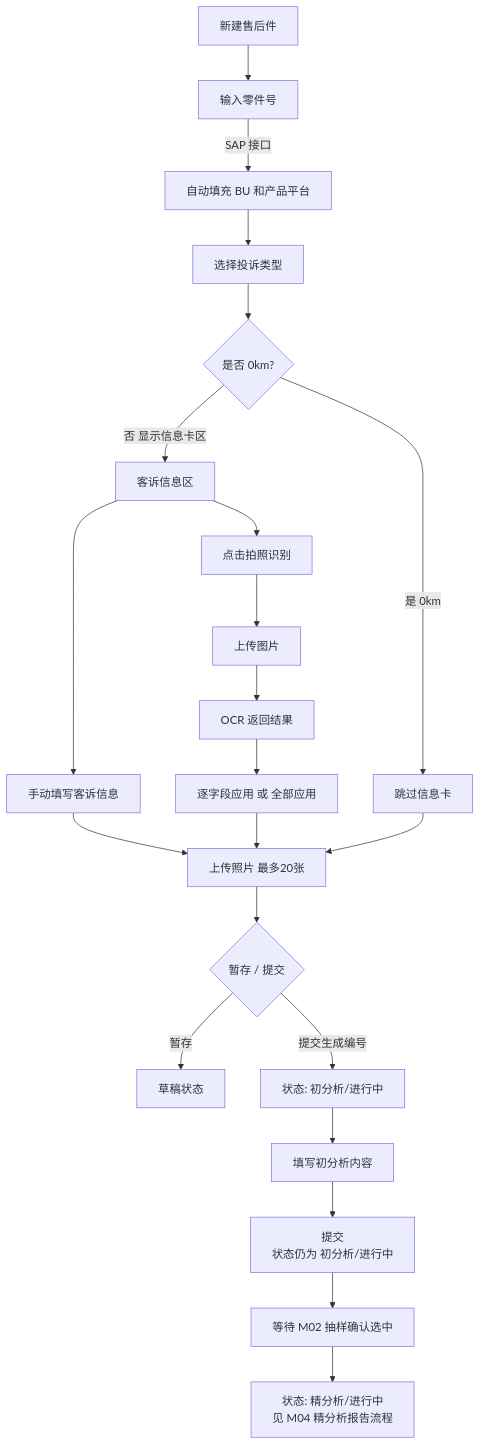
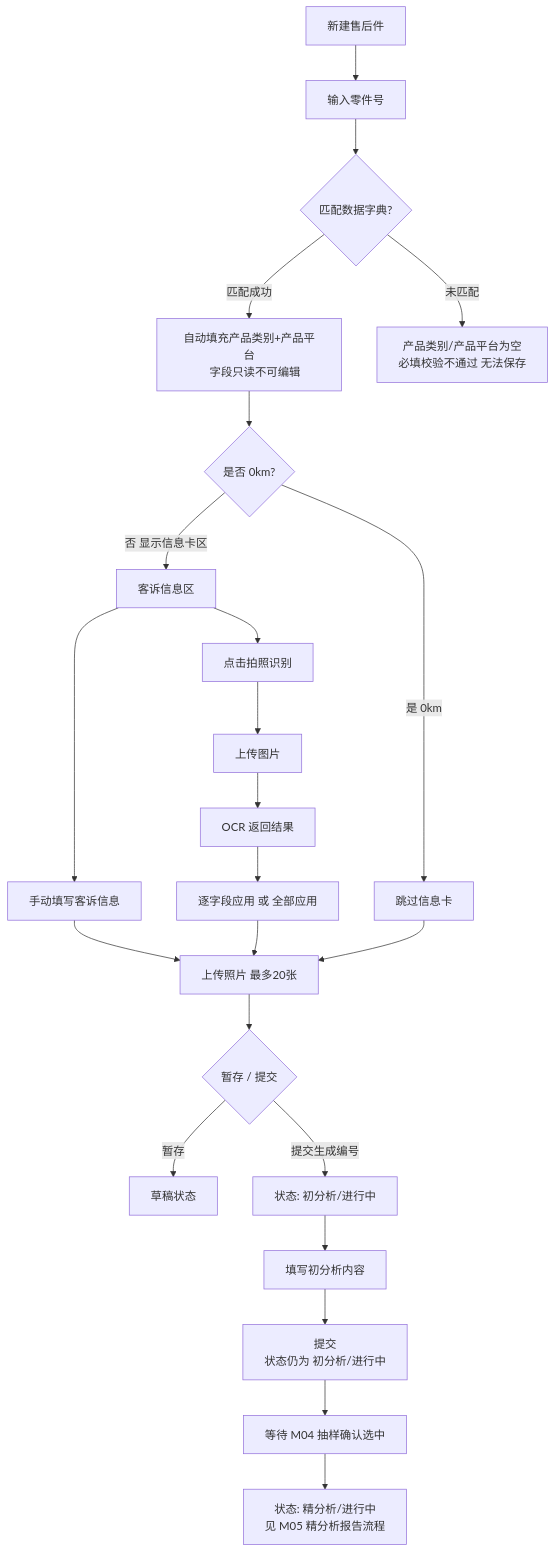
One commit to xvfeiran/wfam-doc changed the sixth of 15 diagrams in 01-设计文档/开发设计文档.md. Above: the diagram before and after it, drawn with Mermaid. The commit also changed other lines of this file and 1 other file, not shown here.

First line of the commit message:
feat: enhance part list, analysis order list columns and sampling modal

````diff
--- a/01-设计文档/开发设计文档.md
+++ b/01-设计文档/开发设计文档.md
@@ -424,24 +393,29 @@
 ```mermaid
 flowchart TD
     Create[新建售后件] --> InputCode[输入零件号]
-    InputCode -->|SAP 接口| AutoFill[自动填充 BU 和产品平台]
-    AutoFill --> SelectComplaint[选择投诉类型]
-    SelectComplaint --> Check{是否 0km?}
+    InputCode --> Match{匹配数据字典?}
+    Match -->|匹配成功| AutoFill[自动填充产品类别+产品平台
+    字段只读不可编辑]
+    Match -->|未匹配| Empty[产品类别/产品平台为空
+    必填校验不通过 无法保存]
+    AutoFill --> Check{是否 0km?}
     Check -->|否 显示信息卡区| InfoCard[客诉信息区]
     Check -->|是 0km| Skip[跳过信息卡]
     InfoCard --> Manual[手动填写客诉信息]
     InfoCard --> OCR[点击拍照识别]
     OCR --> Upload[上传图片]
     Upload --> OCRResult[OCR 返回结果]
     OCRResult --> Apply[逐字段应用 或 全部应用]
     Manual --> Photos[上传照片 最多20张]
     Apply --> Photos
     Skip --> Photos
     Photos --> Submit{暂存 / 提交}
     Submit -->|暂存| Draft[草稿状态]
     Submit -->|提交生成编号| Pending[状态: 初分析/进行中]
     Pending --> InitialAnalysis[填写初分析内容]
-    InitialAnalysis --> SubmitInitial[提交\n状态仍为 初分析/进行中]
-    SubmitInitial --> WaitSampling[等待 M02 抽样确认选中]
-    WaitSampling --> Detailed[状态: 精分析/进行中\n见 M04 精分析报告流程]
+    InitialAnalysis --> SubmitInitial[提交
+    状态仍为 初分析/进行中]
+    SubmitInitial --> WaitSampling[等待 M04 抽样确认选中]
+    WaitSampling --> Detailed[状态: 精分析/进行中
+    见 M05 精分析报告流程]
 ```
````
